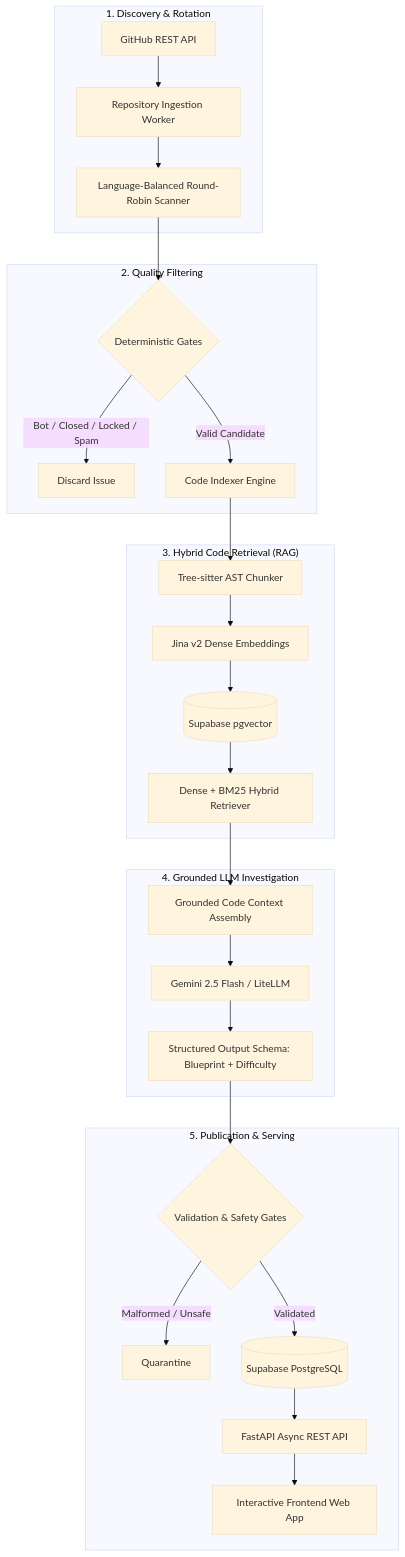
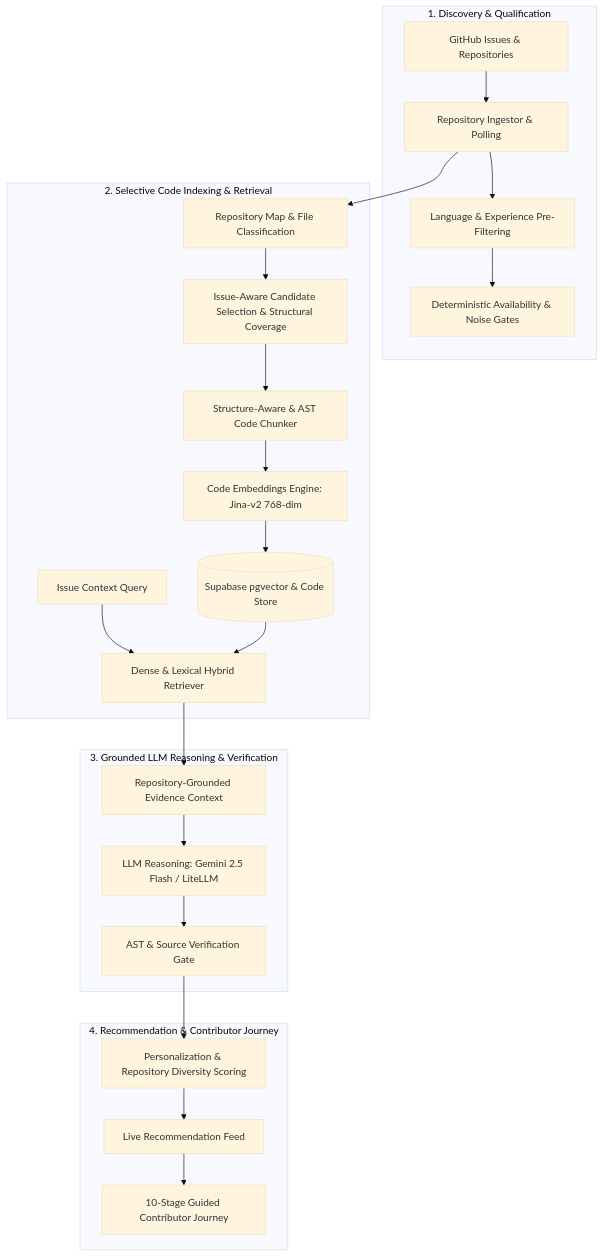
Before and after one commit to sriharizz/gitnova: the first of 3 diagrams in README.md, drawn with Mermaid (base theme). The commit also changed other lines of this file, not shown here.

Commit message:
docs: interview-ready comprehensive architecture and design README

````diff
--- a/README.md
+++ b/README.md
@@ -59,34 +41,30 @@
 ```mermaid
 flowchart TD
-    subgraph Discovery ["1. Discovery & Rotation"]
-        GH[GitHub REST API] --> Sync[Repository Ingestion Worker]
-        Sync --> RR[Language-Balanced Round-Robin Scanner]
+    subgraph Ingestion ["1. Discovery & Qualification"]
+        A[GitHub Issues & Repositories] --> B[Repository Ingestor & Polling]
+        B --> C[Language & Experience Pre-Filtering]
+        C --> D[Deterministic Availability & Noise Gates]
     end
 
-    subgraph Deterministic ["2. Quality Filtering"]
-        RR --> Gate1{Deterministic Gates}
-        Gate1 -- "Bot / Closed / Locked / Spam" --> Reject[Discard Issue]
-        Gate1 -- "Valid Candidate" --> CodeIndex[Code Indexer Engine]
+    subgraph RAG ["2. Selective Code Indexing & Retrieval"]
+        B --> E[Repository Map & File Classification]
+        E --> F[Issue-Aware Candidate Selection & Structural Coverage]
+        F --> G[Structure-Aware & AST Code Chunker]
+        G --> H[Code Embeddings Engine: Jina-v2 768-dim]
+        H --> I[(Supabase pgvector & Code Store)]
+        J[Issue Context Query] --> K[Dense & Lexical Hybrid Retriever]
+        I --> K
     end
 
-    subgraph Retrieval ["3. Hybrid Code Retrieval (RAG)"]
-        CodeIndex --> AST[Tree-sitter AST Chunker]
-        AST --> Emb[Jina v2 Dense Embeddings]
-        Emb --> VecStore[(Supabase pgvector)]
-        VecStore --> HybridRet[Dense + BM25 Hybrid Retriever]
+    subgraph Reasoning ["3. Grounded LLM Reasoning & Verification"]
+        K --> L[Repository-Grounded Evidence Context]
+        L --> M[LLM Reasoning: Gemini 2.5 Flash / LiteLLM]
+        M --> N[AST & Source Verification Gate]
     end
 
-    subgraph Investigation ["4. Grounded LLM Investigation"]
-        HybridRet --> Context[Grounded Code Context Assembly]
-        Context --> Gemini[Gemini 2.5 Flash / LiteLLM]
-        Gemini --> Schema[Structured Output Schema: Blueprint + Difficulty]
-    end
-
-    subgraph Validation ["5. Publication & Serving"]
-        Schema --> Gate2{Validation & Safety Gates}
-        Gate2 -- "Malformed / Unsafe" --> Drop[Quarantine]
-        Gate2 -- "Validated" --> DB[(Supabase PostgreSQL)]
-        DB --> API[FastAPI Async REST API]
-        API --> UI[Interactive Frontend Web App]
+    subgraph Delivery ["4. Recommendation & Contributor Journey"]
+        N --> O[Personalization & Repository Diversity Scoring]
+        O --> P[Live Recommendation Feed]
+        P --> Q[10-Stage Guided Contributor Journey]
     end
 ```
````
